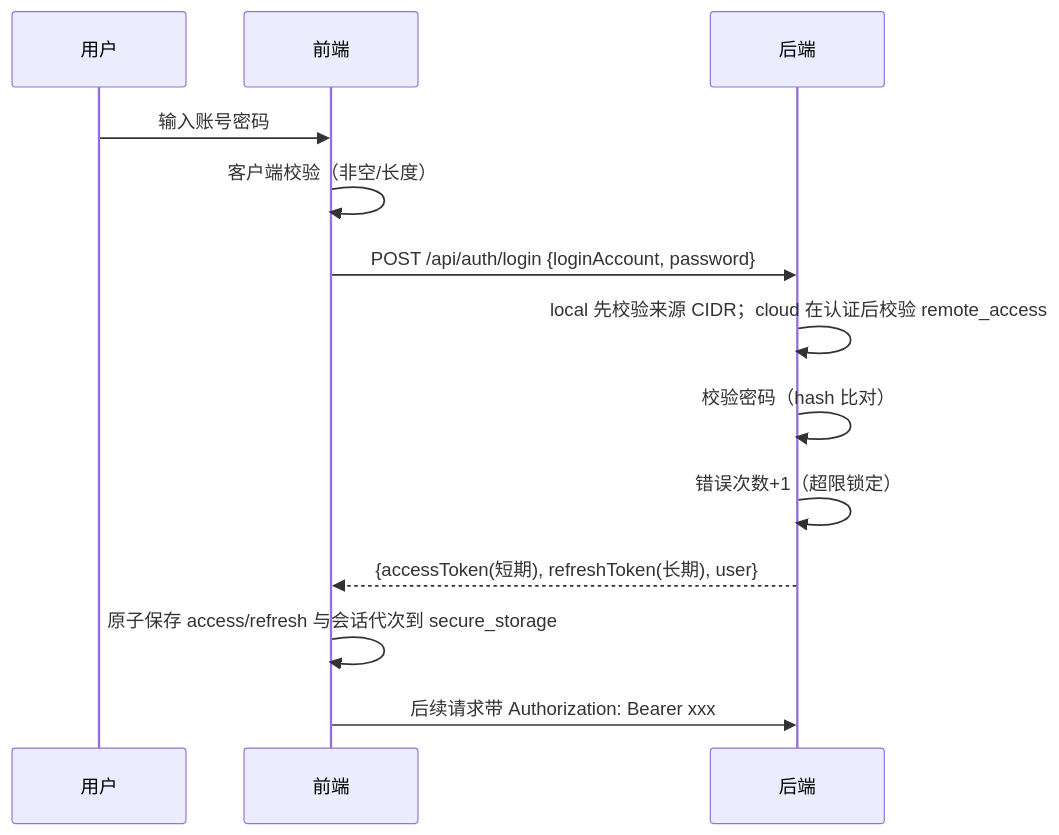
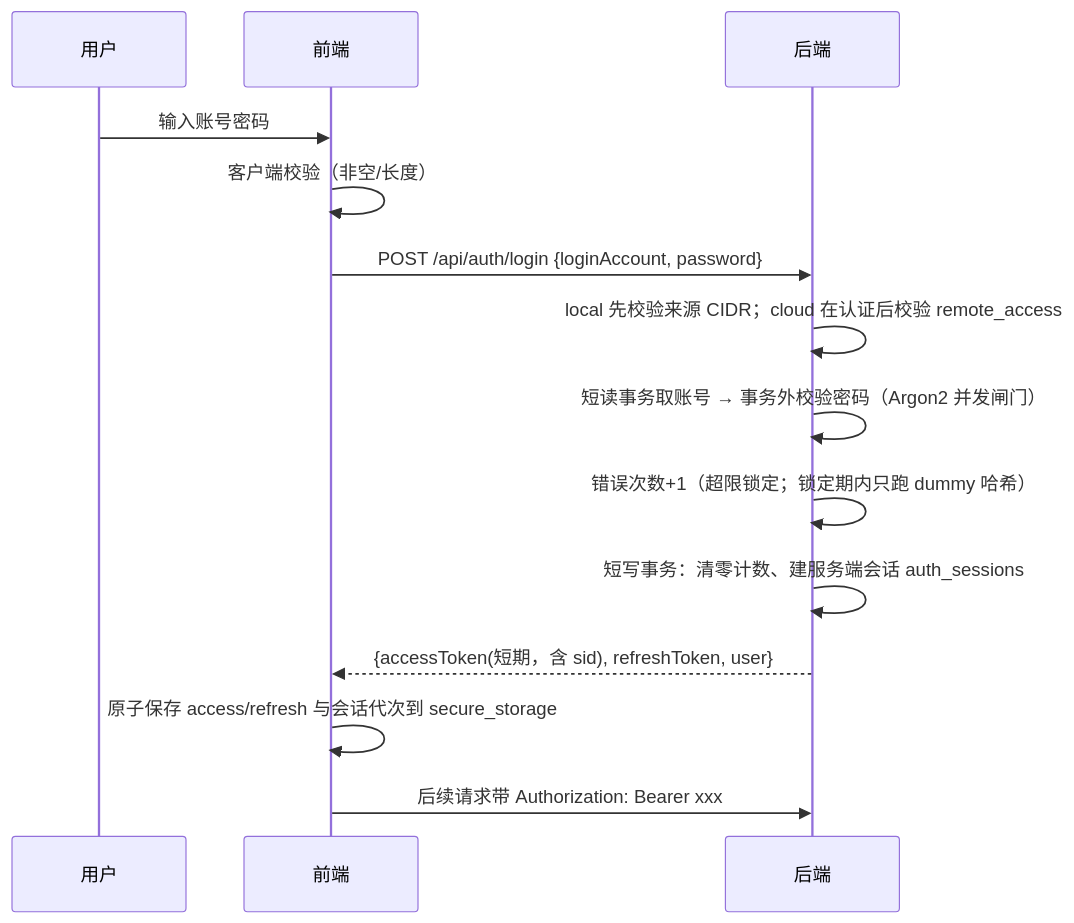
Before and after one commit to BruceChu0424/utenelec_imp: the diagram in docs/05-架构/安全策略.md, drawn with Mermaid. The commit also changed other lines of this file and 259 other files, not shown here.

````diff
--- a/docs/05-架构/安全策略.md
+++ b/docs/05-架构/安全策略.md
@@ -40,16 +40,17 @@
 ```mermaid
 sequenceDiagram
     participant U as 用户
     participant F as 前端
     participant B as 后端
 
     U->>F: 输入账号密码
     F->>F: 客户端校验（非空/长度）
     F->>B: POST /api/auth/login {loginAccount, password}
     B->>B: local 先校验来源 CIDR；cloud 在认证后校验 remote_access
-    B->>B: 校验密码（hash 比对）
-    B->>B: 错误次数+1（超限锁定）
-    B-->>F: {accessToken(短期), refreshToken(长期), user}
+    B->>B: 短读事务取账号 → 事务外校验密码（Argon2 并发闸门）
+    B->>B: 错误次数+1（超限锁定；锁定期内只跑 dummy 哈希）
+    B->>B: 短写事务：清零计数、建服务端会话 auth_sessions
+    B-->>F: {accessToken(短期，含 sid), refreshToken, user}
     F->>F: 原子保存 access/refresh 与会话代次到 secure_storage
     F->>B: 后续请求带 Authorization: Bearer xxx
 ```
````
